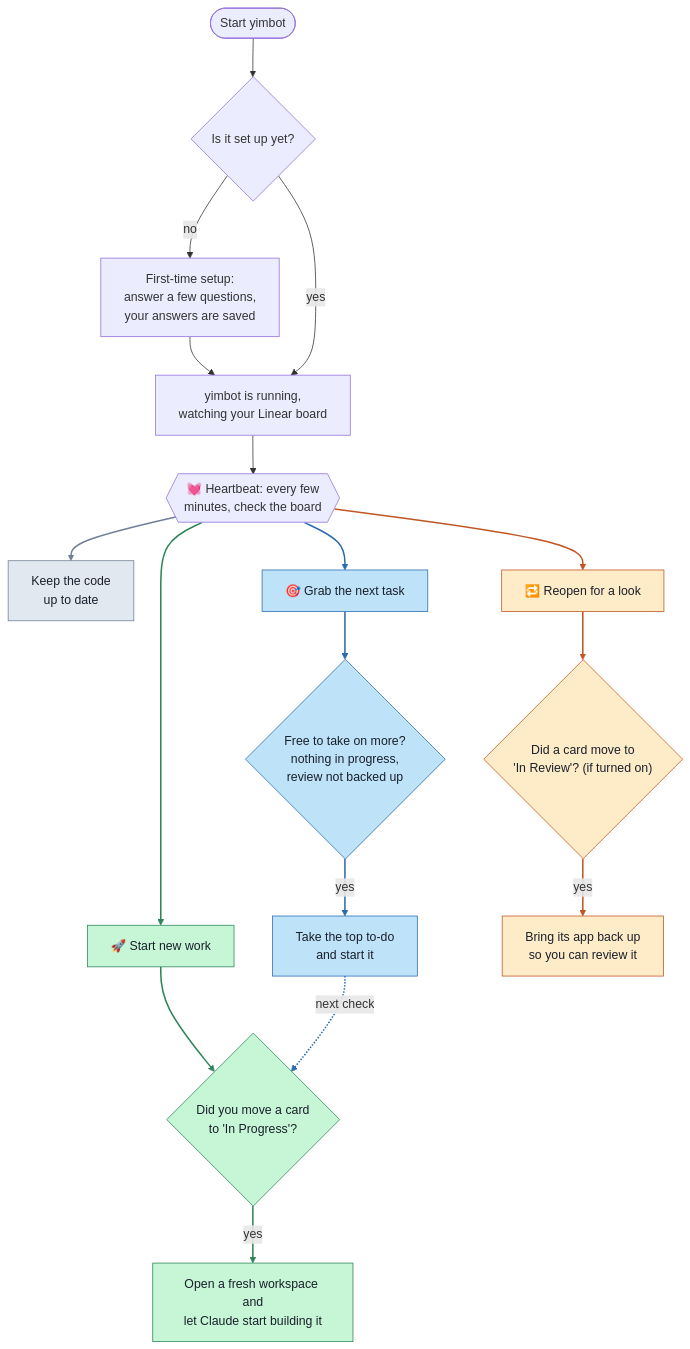
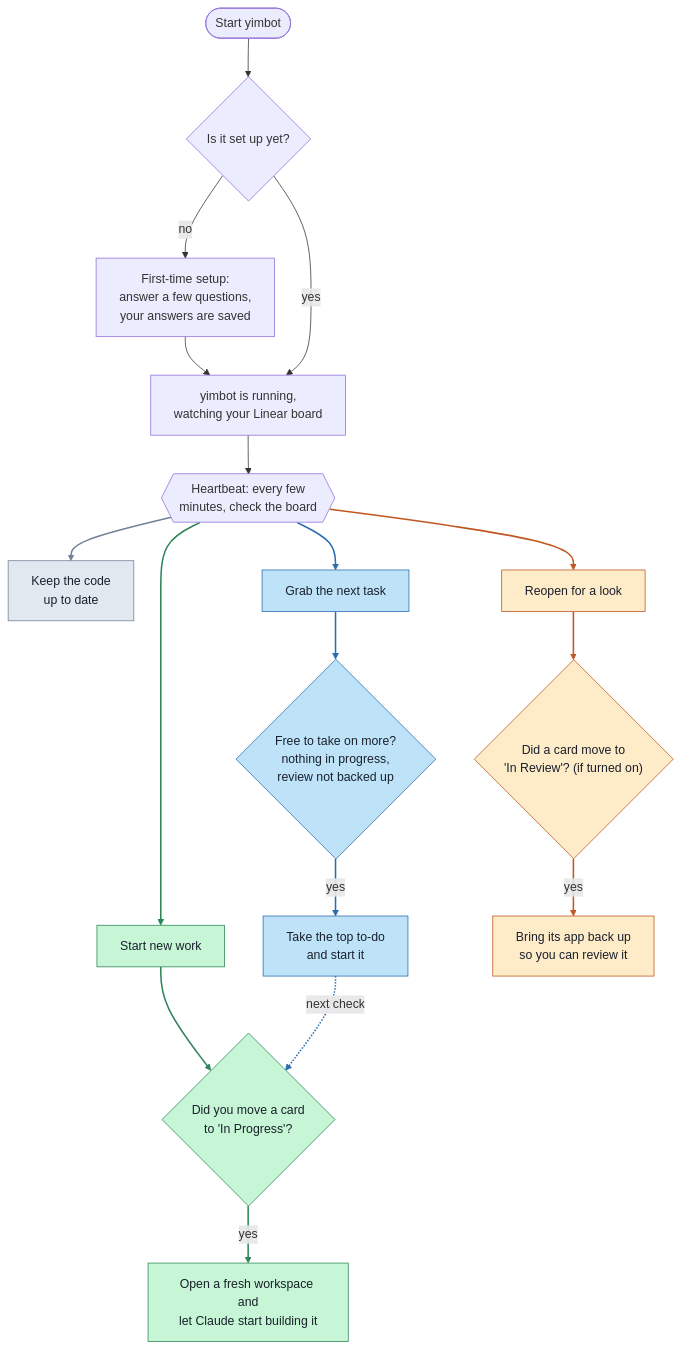
The diagram in README.md (YiminArava4508/yimbot), drawn with Mermaid before and after one commit. The commit also changed other lines of this file and 1 other file, not shown here.

Commit message:
docs: remove emojis from README and wizard pre-flight
Drops the decorative emojis from the README flowchart and legend, and
replaces the ✓/✗ pre-flight marks with plain [ok]/[missing] text.

````diff
--- a/README.md
+++ b/README.md
@@ -24,37 +24,37 @@
 ```mermaid
 flowchart TD
     A(["Start yimbot"]) --> B{"Is it set up yet?"}
     B -- no --> W["First-time setup:<br/>answer a few questions,<br/>your answers are saved"]
     W --> C["yimbot is running,<br/>watching your Linear board"]
     B -- yes --> C
 
-    C --> P{{"💓 Heartbeat: every few<br/>minutes, check the board"}}
+    C --> P{{"Heartbeat: every few<br/>minutes, check the board"}}
 
     P --> S["Keep the code<br/>up to date"]
 
-    P --> G1["🚀 Start new work"]
+    P --> G1["Start new work"]
     G1 --> T1{"Did you move a card<br/>to 'In Progress'?"}
     T1 -- yes --> L["Open a fresh workspace and<br/>let Claude start building it"]
 
-    P --> G2["🎯 Grab the next task"]
+    P --> G2["Grab the next task"]
     G2 --> PK{"Free to take on more?<br/>nothing in progress,<br/>review not backed up"}
     PK -- yes --> M["Take the top to-do<br/>and start it"]
     M -.->|next check| T1
 
-    P --> G3["🔁 Reopen for a look"]
+    P --> G3["Reopen for a look"]
     G3 --> T2{"Did a card move to<br/>'In Review'? (if turned on)"}
     T2 -- yes --> R["Bring its app back up<br/>so you can review it"]
 
     classDef launch fill:#c6f6d5,stroke:#2f855a,color:#1a202c;
     classDef pick fill:#bee3f8,stroke:#2b6cb0,color:#1a202c;
     classDef resume fill:#feebc8,stroke:#c05621,color:#1a202c;
     classDef sync fill:#e2e8f0,stroke:#718096,color:#1a202c;
     class G1,T1,L launch;
     class G2,PK,M pick;
     class G3,T2,R resume;
     class S sync;
     linkStyle 5 stroke:#718096,stroke-width:2px;
     linkStyle 6,7,8 stroke:#2f855a,stroke-width:2px;
     linkStyle 9,10,11,12 stroke:#2b6cb0,stroke-width:2px;
     linkStyle 13,14,15 stroke:#c05621,stroke-width:2px;
 ```
````
